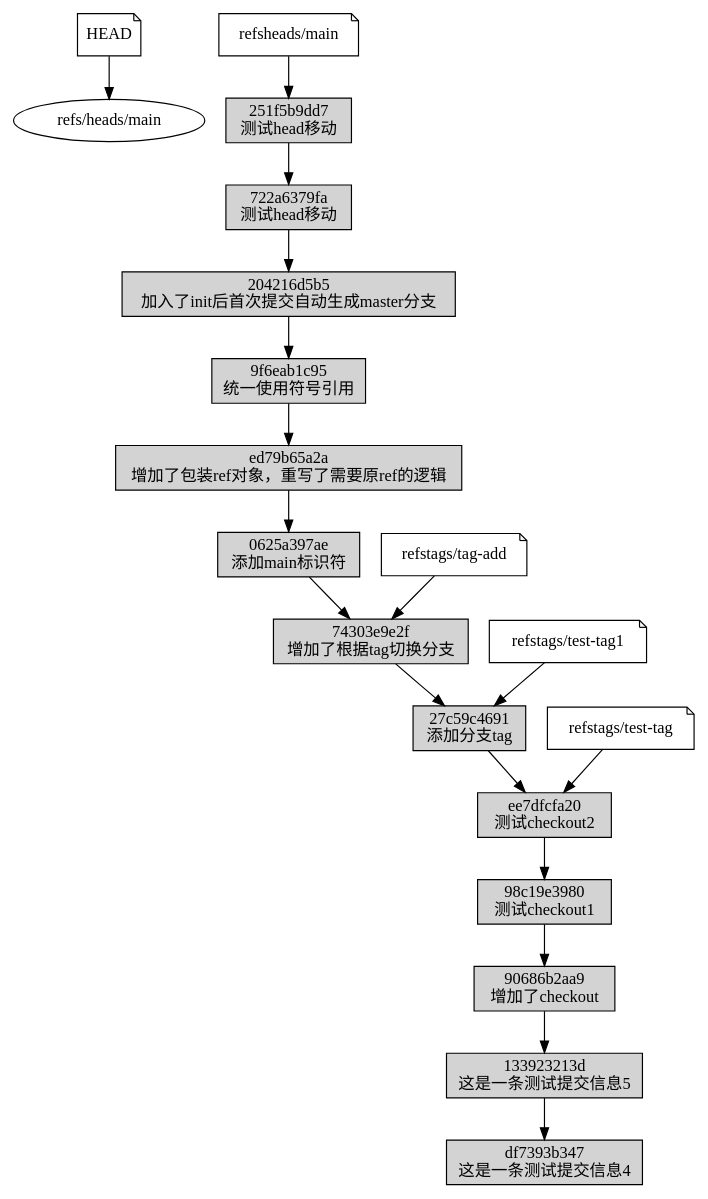
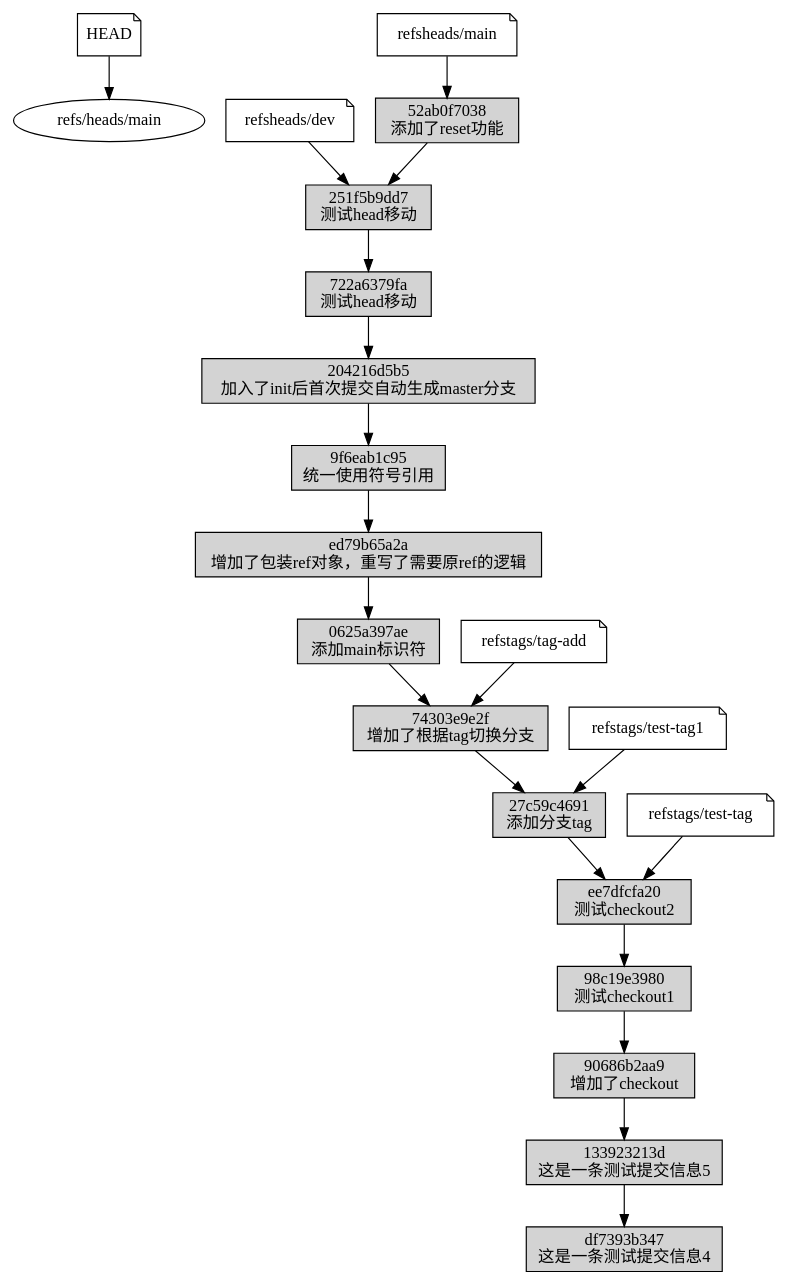
The diagram in graph.dot (ZLaoShi/ugit), drawn with Graphviz before and after one commit. The commit also changed 31 other files, not shown here.

```diff
--- a/graph.dot
+++ b/graph.dot
@@ -1,53 +1,58 @@
 digraph commits {
     graph [fontname="Microsoft YaHei"];
     node [fontname="Microsoft YaHei"];
     edge [fontname="Microsoft YaHei"];
 "HEAD" [shape=note]
 "HEAD" -> "refs/heads/main"
+"refs\heads/dev" [shape=note]
+"refs\heads/dev" -> "251f5b9dd792eac2a49fc105e75d33cdd5a8bac3"
 "refs\heads/main" [shape=note]
-"refs\heads/main" -> "251f5b9dd792eac2a49fc105e75d33cdd5a8bac3"
+"refs\heads/main" -> "52ab0f70381a3ece426177fe6b9d784537e52005"
 "refs\tags/tag-add" [shape=note]
 "refs\tags/tag-add" -> "74303e9e2f50ee066a7eae99e1e4a0fbecca150a"
 "refs\tags/test-tag" [shape=note]
 "refs\tags/test-tag" -> "ee7dfcfa2006967df7b4d5b1092cb46d33919e38"
 "refs\tags/test-tag1" [shape=note]
 "refs\tags/test-tag1" -> "27c59c4691cce27beedad6747191a58f078ec5e6"
+"52ab0f70381a3ece426177fe6b9d784537e52005" [shape=box style=filled label="52ab0f7038
+添加了reset功能"]
+"52ab0f70381a3ece426177fe6b9d784537e52005" -> "251f5b9dd792eac2a49fc105e75d33cdd5a8bac3"
 "251f5b9dd792eac2a49fc105e75d33cdd5a8bac3" [shape=box style=filled label="251f5b9dd7
 测试head移动"]
 "251f5b9dd792eac2a49fc105e75d33cdd5a8bac3" -> "722a6379fa9a878d13361c9f6940bbd71c73e8e3"
 "722a6379fa9a878d13361c9f6940bbd71c73e8e3" [shape=box style=filled label="722a6379fa
 测试head移动"]
 "722a6379fa9a878d13361c9f6940bbd71c73e8e3" -> "204216d5b54da24a706520c9e1f16d5590360a94"
 "204216d5b54da24a706520c9e1f16d5590360a94" [shape=box style=filled label="204216d5b5
 加入了init后首次提交自动生成master分支"]
 "204216d5b54da24a706520c9e1f16d5590360a94" -> "9f6eab1c952b2c271ef907528e1022d09c3804c7"
 "9f6eab1c952b2c271ef907528e1022d09c3804c7" [shape=box style=filled label="9f6eab1c95
 统一使用符号引用"]
 "9f6eab1c952b2c271ef907528e1022d09c3804c7" -> "ed79b65a2a7f735639fffa090b74803dd0ff0155"
 "ed79b65a2a7f735639fffa090b74803dd0ff0155" [shape=box style=filled label="ed79b65a2a
 增加了包装ref对象，重写了需要原ref的逻辑"]
 "ed79b65a2a7f735639fffa090b74803dd0ff0155" -> "0625a397aeefc117401a402b3848126f5710cd24"
 "0625a397aeefc117401a402b3848126f5710cd24" [shape=box style=filled label="0625a397ae
 添加main标识符"]
 "0625a397aeefc117401a402b3848126f5710cd24" -> "74303e9e2f50ee066a7eae99e1e4a0fbecca150a"
 "74303e9e2f50ee066a7eae99e1e4a0fbecca150a" [shape=box style=filled label="74303e9e2f
 增加了根据tag切换分支"]
 "74303e9e2f50ee066a7eae99e1e4a0fbecca150a" -> "27c59c4691cce27beedad6747191a58f078ec5e6"
 "27c59c4691cce27beedad6747191a58f078ec5e6" [shape=box style=filled label="27c59c4691
 添加分支tag"]
 "27c59c4691cce27beedad6747191a58f078ec5e6" -> "ee7dfcfa2006967df7b4d5b1092cb46d33919e38"
 "ee7dfcfa2006967df7b4d5b1092cb46d33919e38" [shape=box style=filled label="ee7dfcfa20
 测试checkout2"]
 "ee7dfcfa2006967df7b4d5b1092cb46d33919e38" -> "98c19e3980ec0b493b19f1af87f028c25fd93b3a"
 "98c19e3980ec0b493b19f1af87f028c25fd93b3a" [shape=box style=filled label="98c19e3980
 测试checkout1"]
 "98c19e3980ec0b493b19f1af87f028c25fd93b3a" -> "90686b2aa9b6d5c972ab09086dcf1bc644370ccd"
 "90686b2aa9b6d5c972ab09086dcf1bc644370ccd" [shape=box style=filled label="90686b2aa9
 增加了checkout"]
 "90686b2aa9b6d5c972ab09086dcf1bc644370ccd" -> "133923213dbc50e0476aceadfc15823d6cc1a431"
 "133923213dbc50e0476aceadfc15823d6cc1a431" [shape=box style=filled label="133923213d
 这是一条测试提交信息5"]
 "133923213dbc50e0476aceadfc15823d6cc1a431" -> "df7393b3474aa723efaaf39c94f7304057dbeca6"
 "df7393b3474aa723efaaf39c94f7304057dbeca6" [shape=box style=filled label="df7393b347
 这是一条测试提交信息4"]
 }
```
